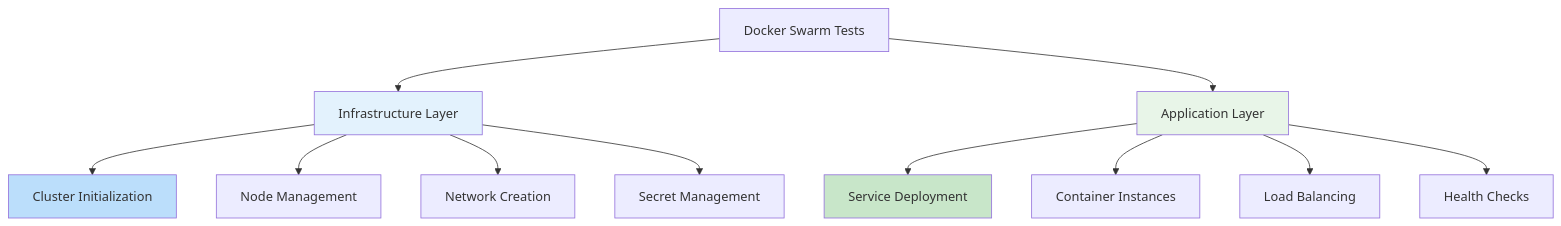
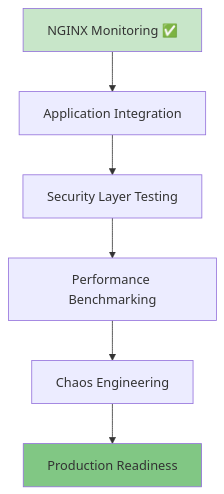
The fourth of 4 diagrams in docs/development/INFRASTRUCTURE_TESTING.md (awesomecit/backend-nestjs-boileplate), drawn with Mermaid before and after one commit. The commit also changed other lines of this file and 3 other files, not shown here.

````diff
--- a/docs/development/INFRASTRUCTURE_TESTING.md
+++ b/docs/development/INFRASTRUCTURE_TESTING.md
@@ -1099,20 +1433,11 @@
 ```mermaid
-graph TD
-    A[Docker Swarm Tests] --> B[Infrastructure Layer]
-    A --> C[Application Layer]
+graph TB
+    A[NGINX Monitoring ✅] --> B[Application Integration]
+    B --> C[Security Layer Testing]
+    C --> D[Performance Benchmarking]
+    D --> E[Chaos Engineering]
+    E --> F[Production Readiness]
 
-    B --> B1[Cluster Initialization]
-    B --> B2[Node Management]
-    B --> B3[Network Creation]
-    B --> B4[Secret Management]
-
-    C --> C1[Service Deployment]
-    C --> C2[Container Instances]
-    C --> C3[Load Balancing]
-    C --> C4[Health Checks]
-
-    style B fill:#e3f2fd
-    style C fill:#e8f5e8
-    style B1 fill:#bbdefb
-    style C1 fill:#c8e6c9
+    style A fill:#c8e6c9
+    style F fill:#81c784
 ```
````
